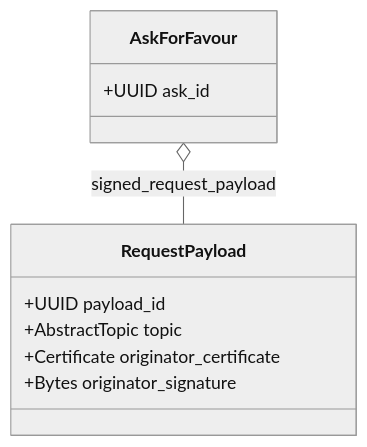
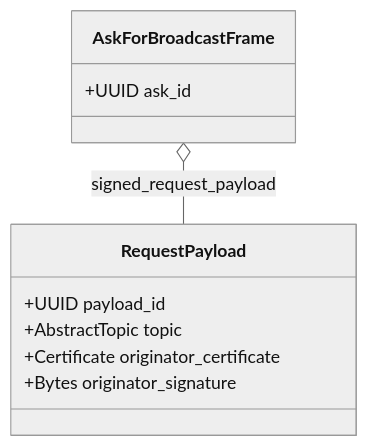
The third of 8 diagrams in whitepaper/protocol.md (DontTrustVerifyOrg/gig-gossip), drawn with Mermaid (neutral theme) before and after one commit. The commit also changed other lines of this file and 1 other file, not shown here.

````diff
--- a/whitepaper/protocol.md
+++ b/whitepaper/protocol.md
@@ -122,13 +122,13 @@
 ```mermaid
 classDiagram
     class RequestPayload{
         +UUID payload_id
         +AbstractTopic topic
         +Certificate originator_certificate
         +Bytes originator_signature
     }
-    class AskForFavour{
+    class AskForBroadcastFrame{
         +UUID ask_id
     }
-    AskForFavour  o--  RequestPayload : signed_request_payload
+    AskForBroadcastFrame  o--  RequestPayload : signed_request_payload
 ```
````
